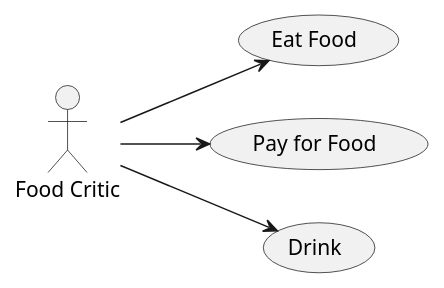
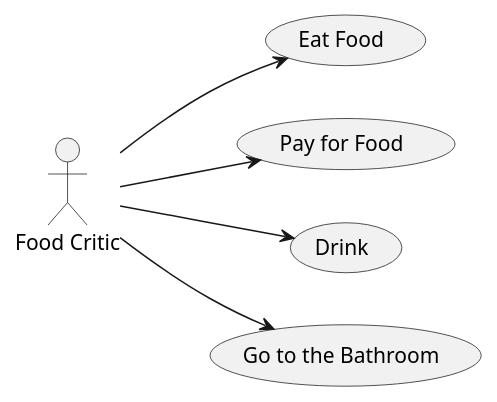
One commit to ziontee113/mynvimconfig changed the first of 3 diagrams in test.md. Above: the diagram before and after it, drawn with PlantUML. The commit also changed 1 other file, not shown here.

Commit message:
plantuml by itself seems to be the solution?

```diff
--- a/test.md
+++ b/test.md
@@ -3,13 +3,14 @@
 @startuml
 left to right direction
 
 actor "Food Critic" as fc
 
 usecase "Eat Food" as UC1
 usecase "Pay for Food" as UC2
 usecase "Drink" as UC3
-
+usecase "Go to the Bathroom" as UC4
 fc --> UC1
 fc --> UC2
 fc --> UC3
+fc --> UC4
 @enduml
```
